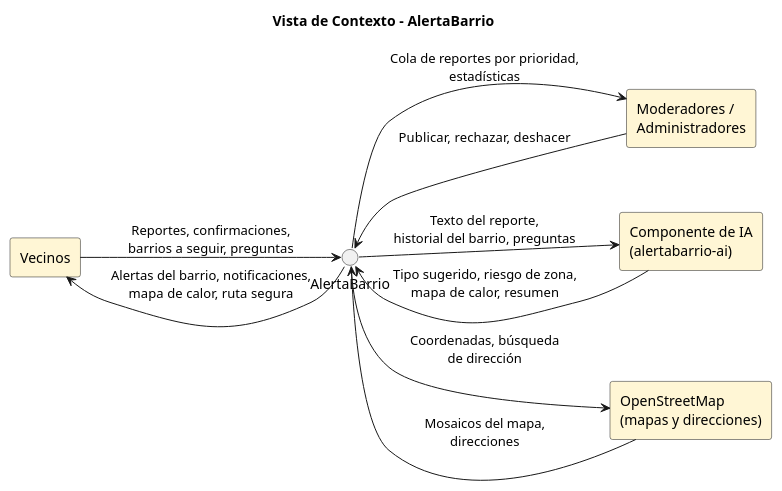
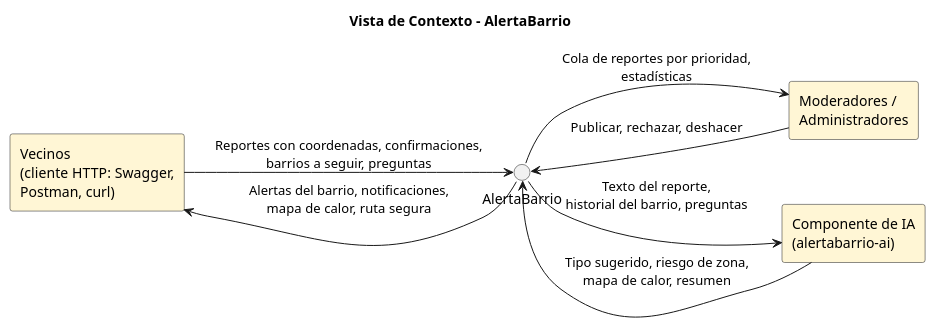
Before and after one commit to neber18/AlertaBarrio-Diseno-de-Software: the diagram in docs/diagramas/1_vista_contexto.puml, drawn with PlantUML. The commit also changed 30 other files, not shown here.

Commit message:
docs: README, wiki, historias y diagramas sin frontend

```diff
--- a/docs/diagramas/1_vista_contexto.puml
+++ b/docs/diagramas/1_vista_contexto.puml
@@ -1,20 +1,17 @@
 @startuml Vista_Contexto_AlertaBarrio
 title Vista de Contexto - AlertaBarrio
 skinparam rectangleBackgroundColor #FFF6D5
 left to right direction
 
-rectangle "Vecinos" as V
+rectangle "Vecinos\n(cliente HTTP: Swagger,\nPostman, curl)" as V
 rectangle "Moderadores /\nAdministradores" as M
 rectangle "Componente de IA\n(alertabarrio-ai)" as IA
-rectangle "OpenStreetMap\n(mapas y direcciones)" as OSM
 circle "AlertaBarrio" as S
 
-V --> S : Reportes, confirmaciones,\nbarrios a seguir, preguntas
+V --> S : Reportes con coordenadas, confirmaciones,\nbarrios a seguir, preguntas
 S --> V : Alertas del barrio, notificaciones,\nmapa de calor, ruta segura
 M --> S : Publicar, rechazar, deshacer
 S --> M : Cola de reportes por prioridad,\nestadísticas
 S --> IA : Texto del reporte,\nhistorial del barrio, preguntas
 IA --> S : Tipo sugerido, riesgo de zona,\nmapa de calor, resumen
-S --> OSM : Coordenadas, búsqueda\nde dirección
-OSM --> S : Mosaicos del mapa,\ndirecciones
 @enduml
```
